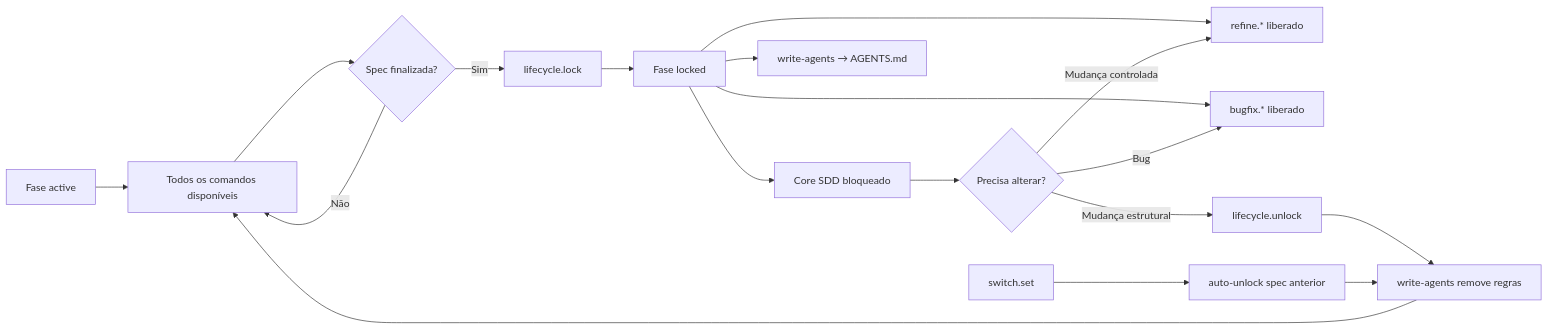
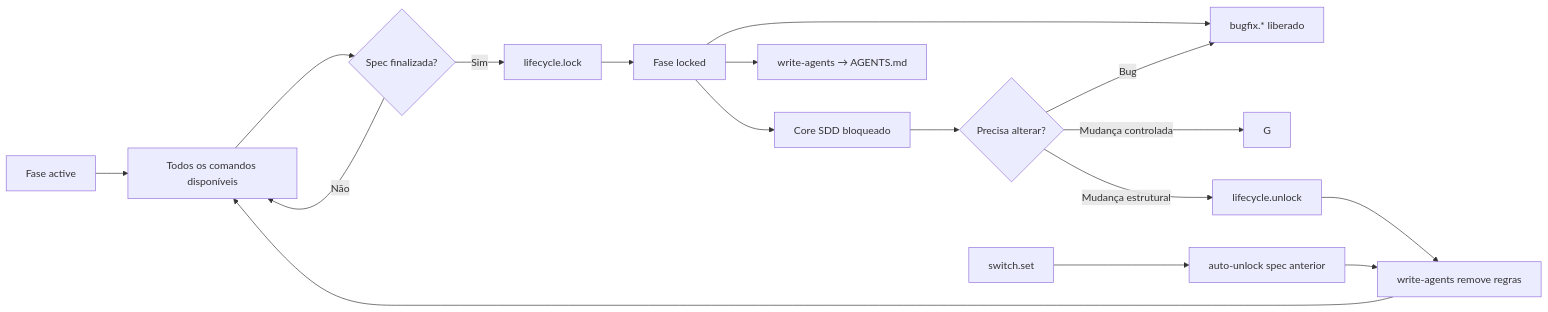
Before and after one commit to wagner-sousa/spec-kit-docker: the ninth of 10 diagrams in README.md, drawn with Mermaid. The commit also changed other lines of this file and 134 other files, not shown here.

````diff
--- a/README.md
+++ b/README.md
@@ -271,20 +257,19 @@
 ```mermaid
 graph LR
     A[Fase active] --> B[Todos os comandos disponíveis]
     B --> C{Spec finalizada?}
     C -->|Não| B
     C -->|Sim| D[lifecycle.lock]
     D --> E[Fase locked]
     E --> F[Core SDD bloqueado]
-    E --> G[refine.* liberado]
     E --> H[bugfix.* liberado]
     E --> I[write-agents → AGENTS.md]
     F --> J{Precisa alterar?}
     J -->|Mudança controlada| G
     J -->|Bug| H
     J -->|Mudança estrutural| K[lifecycle.unlock]
     K --> L[write-agents remove regras]
     L --> B
     M[switch.set] --> N[auto-unlock spec anterior]
     N --> L
 ```
````
